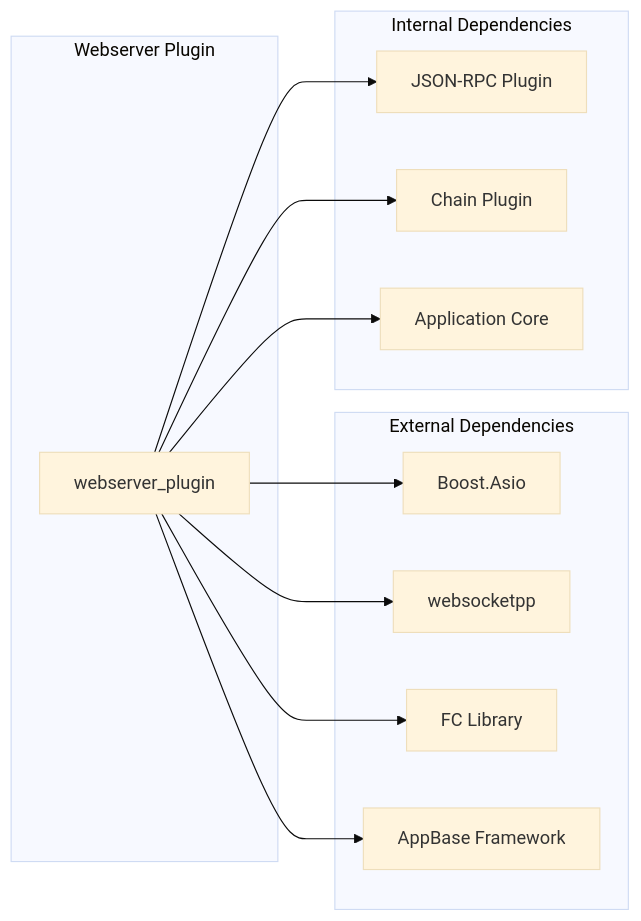
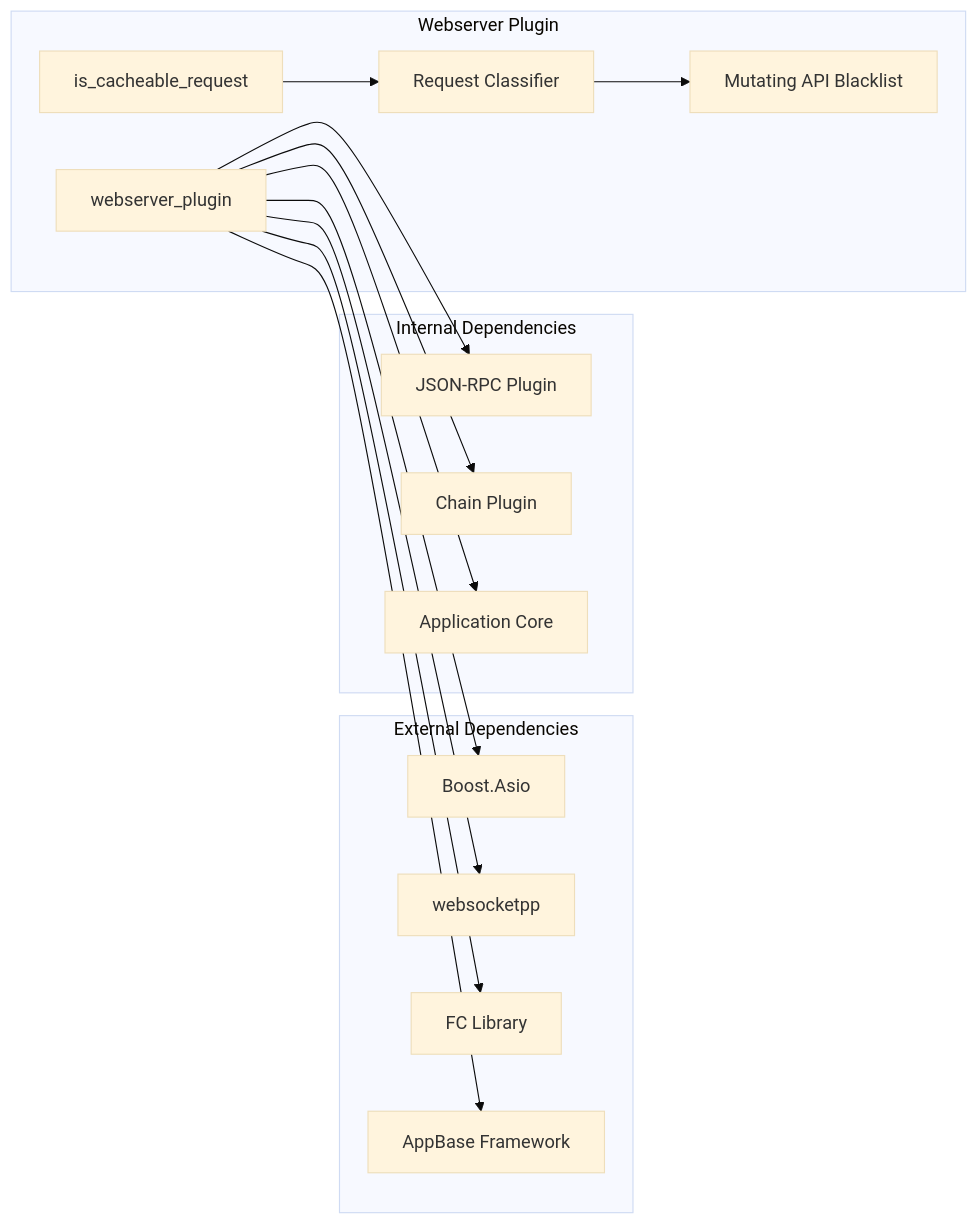
The sixth of 8 diagrams in .qoder/repowiki/en/content/Webserver Plugin.md (VIZ-Blockchain/viz-cpp-node), drawn with Mermaid (base theme) before and after one commit. The commit also changed other lines of this file and 5 other files, not shown here.

````diff
--- a/.qoder/repowiki/en/content/Webserver Plugin.md
+++ b/.qoder/repowiki/en/content/Webserver Plugin.md
@@ -258,24 +279,29 @@
 ```mermaid
 graph LR
 subgraph "External Dependencies"
 A[Boost.Asio]
 B[websocketpp]
 C[FC Library]
 D[AppBase Framework]
 end
 subgraph "Internal Dependencies"
 E[JSON-RPC Plugin]
 F[Chain Plugin]
 G[Application Core]
 end
 subgraph "Webserver Plugin"
 H[webserver_plugin]
+I[is_cacheable_request]
+J[Request Classifier]
+K[Mutating API Blacklist]
 end
 H --> E
 H --> F
 H --> G
 H --> A
 H --> B
 H --> C
 H --> D
+I --> J
+J --> K
 ```
````
